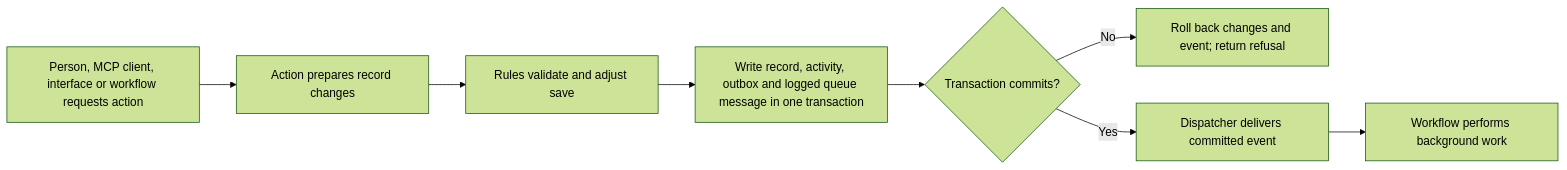
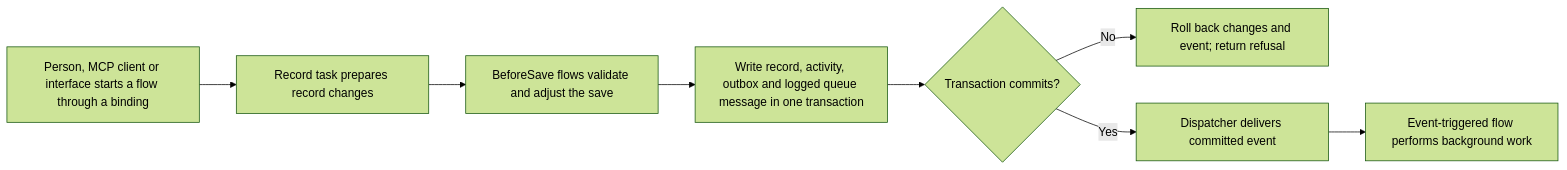
Before and after one commit to Abzum-NZ/Abzum-Vortex: the first of 3 diagrams in docs/specification/08-forms-actions-rules-and-events.md, drawn with Mermaid (forest theme). The commit also changed other lines of this file and 1 other file, not shown here.

First line of the commit message:
Review #977: align the flow language with the architecture decisions

````diff
--- a/docs/specification/08-forms-actions-rules-and-events.md
+++ b/docs/specification/08-forms-actions-rules-and-events.md
@@ -9,10 +9,10 @@
 ```mermaid
 flowchart LR
-    START[Person, MCP client, interface or workflow requests action] --> ACTION[Action prepares record changes]
-    ACTION --> RULE[Rules validate and adjust save]
+    START[Person, MCP client or interface starts a flow through a binding] --> TASK[Record task prepares record changes]
+    TASK --> RULE[BeforeSave flows validate and adjust the save]
     RULE --> WRITE[Write record, activity, outbox and logged queue message in one transaction]
     WRITE --> COMMIT{Transaction commits?}
     COMMIT -- No --> STOP[Roll back changes and event; return refusal]
     COMMIT -- Yes --> DISPATCH[Dispatcher delivers committed event]
-    DISPATCH --> FLOW[Workflow performs background work]
+    DISPATCH --> FLOW[Event-triggered flow performs background work]
 ```
````
